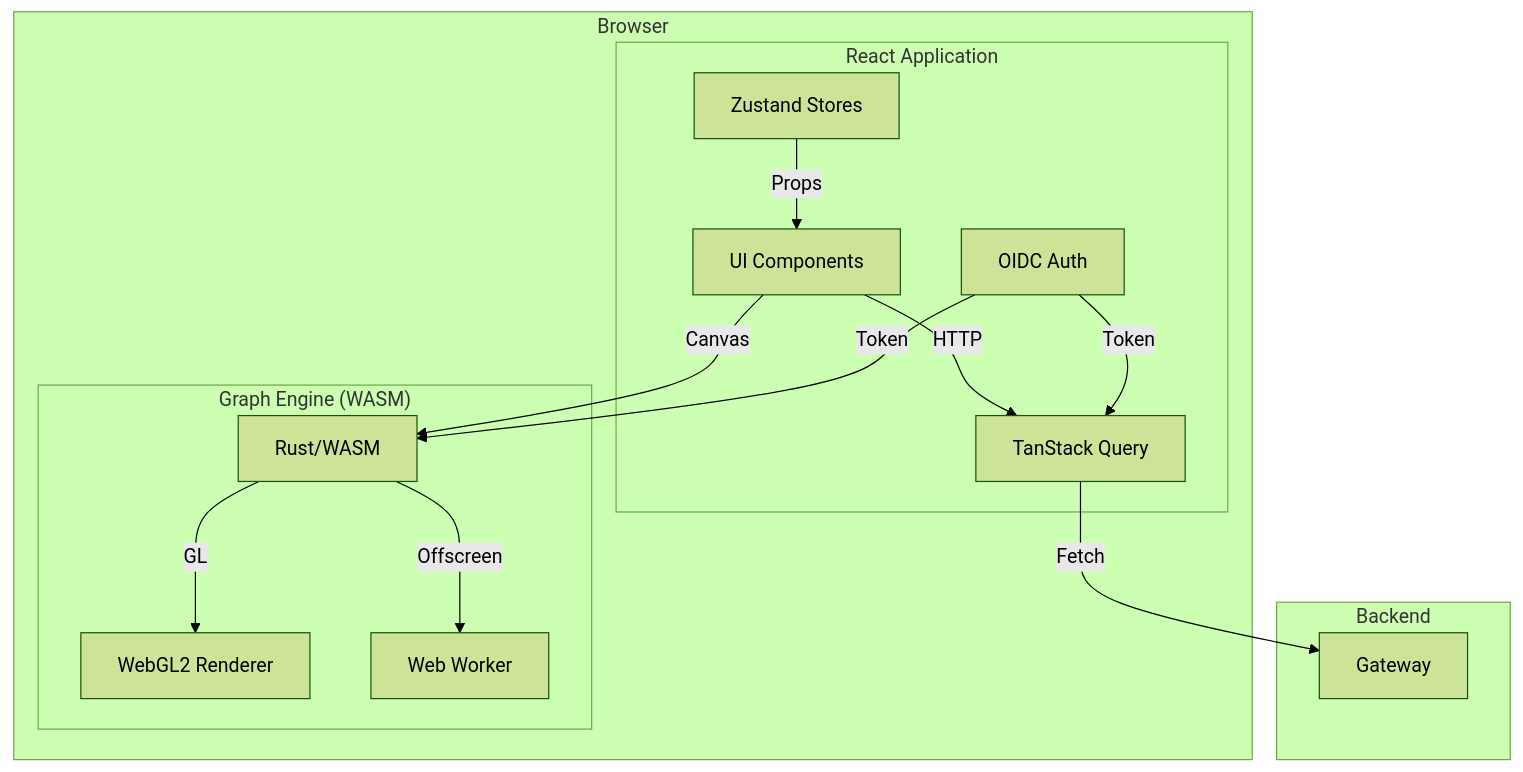
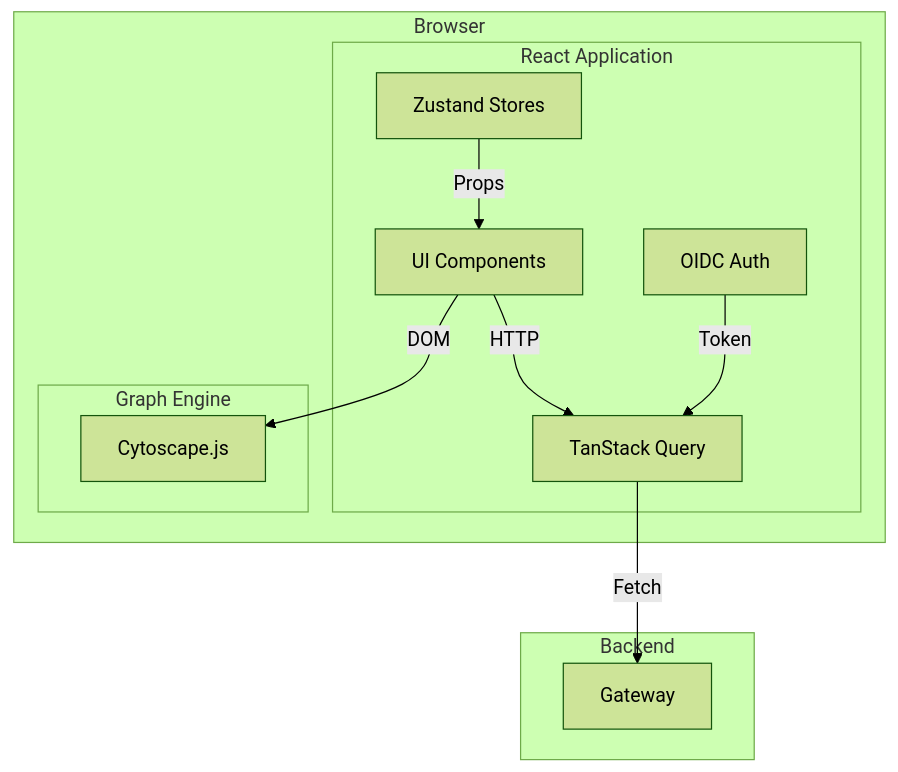
Before and after one commit to invariantcontinuum/substrate: the diagram in docs/system-design/frontend.md, drawn with Mermaid (forest theme). The commit also changed other lines of this file and 19 other files, not shown here.

````diff
--- a/docs/system-design/frontend.md
+++ b/docs/system-design/frontend.md
@@ -17,32 +17,27 @@
 ```mermaid
 flowchart TB
     subgraph Browser["Browser"]
         subgraph ReactApp["React Application"]
             UI[UI Components]
             State[Zustand Stores]
             Query[TanStack Query]
             Auth[OIDC Auth]
         end
-        
-        subgraph GraphEngine["Graph Engine (WASM)"]
-            WASM[Rust/WASM]
-            WEBGL[WebGL2 Renderer]
-            WORKER[Web Worker]
+
+        subgraph GraphEngine["Graph Engine"]
+            CY[Cytoscape.js]
         end
     end
-    
+
     subgraph Backend
         GW[Gateway]
     end
-    
+
     UI -->|HTTP| Query
     Query -->|Fetch| GW
-    
-    UI -->|Canvas| WASM
-    WASM -->|Offscreen| WORKER
-    WASM -->|GL| WEBGL
-    
+
+    UI -->|DOM| CY
+
     State -->|Props| UI
     Auth -->|Token| Query
-    Auth -->|Token| WASM
 ```
````
